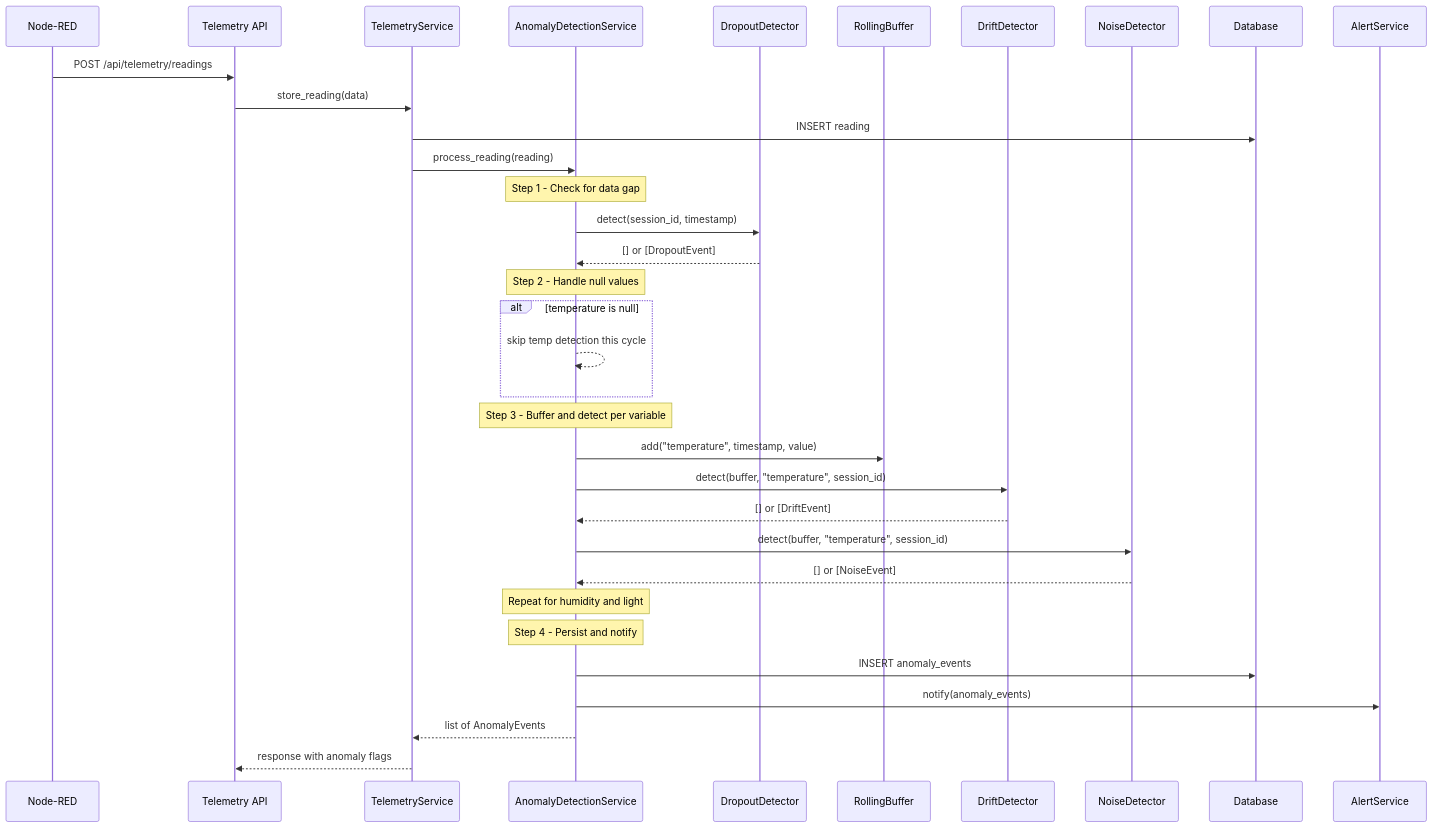
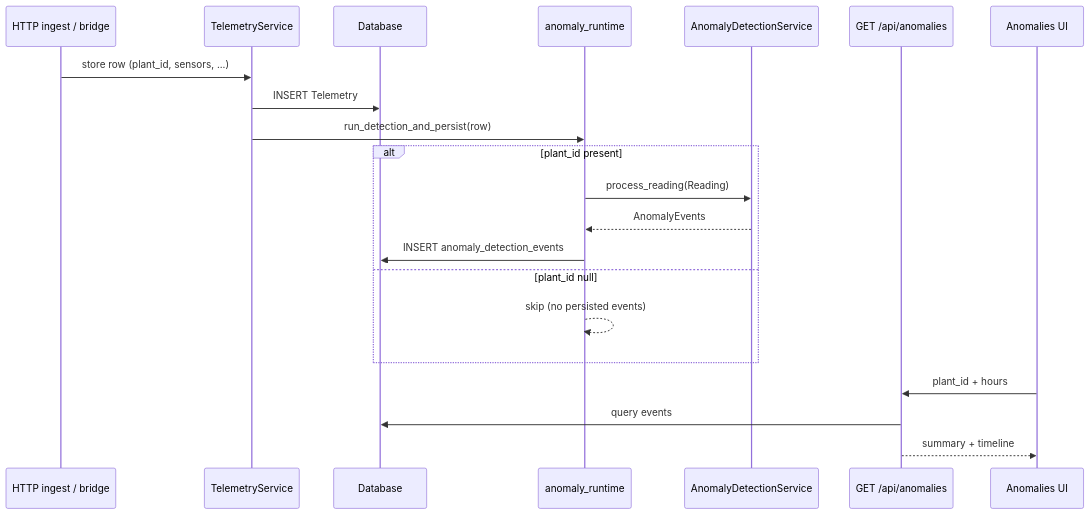
The diagram in docs/anomaly-detection.md (oeturki/terrametric), drawn with Mermaid before and after one commit. The commit also changed other lines of this file and 36 other files, not shown here.

First line of the commit message:
Add ML anomaly classifier pipeline, anomalies UI fixes, telemetry alignment

````diff
--- a/docs/anomaly-detection.md
+++ b/docs/anomaly-detection.md
@@ -124,42 +133,24 @@
 ```mermaid
 sequenceDiagram
-    participant NR as Node-RED
-    participant API as Telemetry API
-    participant TS as TelemetryService
-    participant ADS as AnomalyDetectionService
-    participant DOD as DropoutDetector
-    participant RB as RollingBuffer
-    participant DD as DriftDetector
-    participant ND as NoiseDetector
-    participant DB as Database
-    participant AS as AlertService
+  participant Ingest as HTTP ingest / bridge
+  participant TS as TelemetryService
+  participant DB as Database
+  participant AR as anomaly_runtime
+  participant ADS as AnomalyDetectionService
+  participant API as GET /api/anomalies
+  participant UI as Anomalies UI
 
-    NR->>API: POST /api/telemetry/readings
-    API->>TS: store_reading(data)
-    TS->>DB: INSERT reading
-    TS->>ADS: process_reading(reading)
-
-    Note over ADS: Step 1 - Check for data gap
-    ADS->>DOD: detect(session_id, timestamp)
-    DOD-->>ADS: [] or [DropoutEvent]
-
-    Note over ADS: Step 2 - Handle null values
-    alt temperature is null
-        ADS-->>ADS: skip temp detection this cycle
-    end
-
-    Note over ADS: Step 3 - Buffer and detect per variable
-    ADS->>RB: add("temperature", timestamp, value)
-    ADS->>DD: detect(buffer, "temperature", session_id)
-    DD-->>ADS: [] or [DriftEvent]
-    ADS->>ND: detect(buffer, "temperature", session_id)
-    ND-->>ADS: [] or [NoiseEvent]
-
-    Note over ADS: Repeat for humidity and light
-
-    Note over ADS: Step 4 - Persist and notify
-    ADS->>DB: INSERT anomaly_events
-    ADS->>AS: notify(anomaly_events)
-    ADS-->>TS: list of AnomalyEvents
-    TS-->>API: response with anomaly flags
+  Ingest->>TS: store row (plant_id, sensors, ...)
+  TS->>DB: INSERT Telemetry
+  TS->>AR: run_detection_and_persist(row)
+  alt plant_id present
+    AR->>ADS: process_reading(Reading)
+    ADS-->>AR: AnomalyEvents
+    AR->>DB: INSERT anomaly_detection_events
+  else plant_id null
+    AR-->>AR: skip (no persisted events)
+  end
+  UI->>API: plant_id + hours
+  API->>DB: query events
+  API-->>UI: summary + timeline
 ```
````
